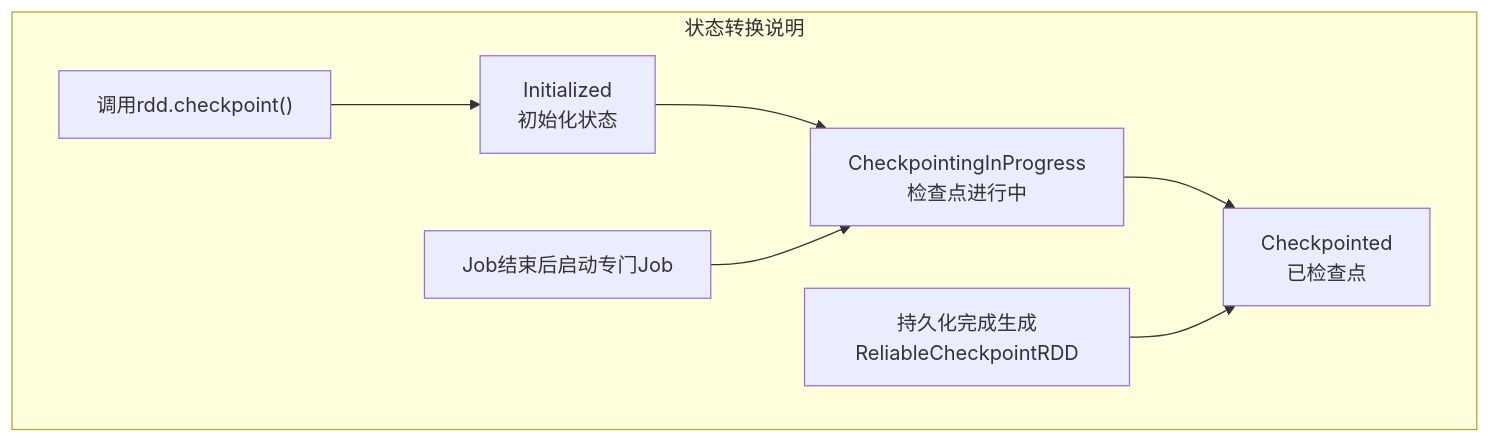
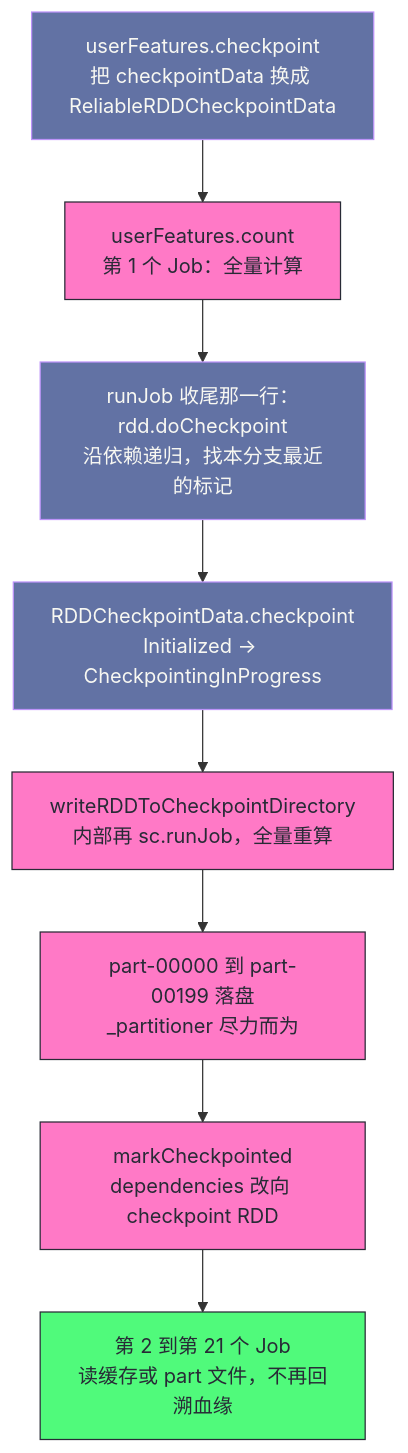
Before and after one commit to hpliStartAgain/my-brain: the first of 6 diagrams in content/大数据/Spark/读书笔记-spark内核/04_存储与容错机制/6. Spark_Checkpoint机制.md, drawn with Mermaid. The commit also changed other lines of this file and 259 other files, not shown here.

````diff
--- a/content/大数据/Spark/读书笔记-spark内核/04_存储与容错机制/6. Spark_Checkpoint机制.md
+++ b/content/大数据/Spark/读书笔记-spark内核/04_存储与容错机制/6. Spark_Checkpoint机制.md
@@ -188,11 +79,17 @@
 ```mermaid
+%%{init: {'theme': 'dracula'}}%%
 flowchart TD
-    A["Initialized<br/>初始化状态"] --> B["CheckpointingInProgress<br/>检查点进行中"]
-    B --> C["Checkpointed<br/>已检查点"]
-    
-    subgraph "状态转换说明"
-        D["调用rdd.checkpoint()"] --> A
-        E["Job结束后启动专门Job"] --> B
-        F["持久化完成生成ReliableCheckpointRDD"] --> C
-    end
+    A["userFeatures.checkpoint<br/>把 checkpointData 换成 ReliableRDDCheckpointData"] --> B["userFeatures.count<br/>第 1 个 Job：全量计算"]
+    B --> C["runJob 收尾那一行：rdd.doCheckpoint<br/>沿依赖递归，找本分支最近的标记"]
+    C --> D["RDDCheckpointData.checkpoint<br/>Initialized → CheckpointingInProgress"]
+    D --> E["writeRDDToCheckpointDirectory<br/>内部再 sc.runJob，全量重算"]
+    E --> F["part-00000 到 part-00199 落盘<br/>_partitioner 尽力而为"]
+    F --> G["markCheckpointed<br/>dependencies 改向 checkpoint RDD"]
+    G --> H["第 2 到第 21 个 Job<br/>读缓存或 part 文件，不再回溯血缘"]
+    classDef write fill:#ff79c6,stroke:#282a36,color:#282a36
+    classDef normal fill:#6272a4,stroke:#bd93f9,color:#f8f8f2
+    classDef read fill:#50fa7b,stroke:#282a36,color:#282a36
+    class B,E,F,G write
+    class A,C,D normal
+    class H read
 ```
````
